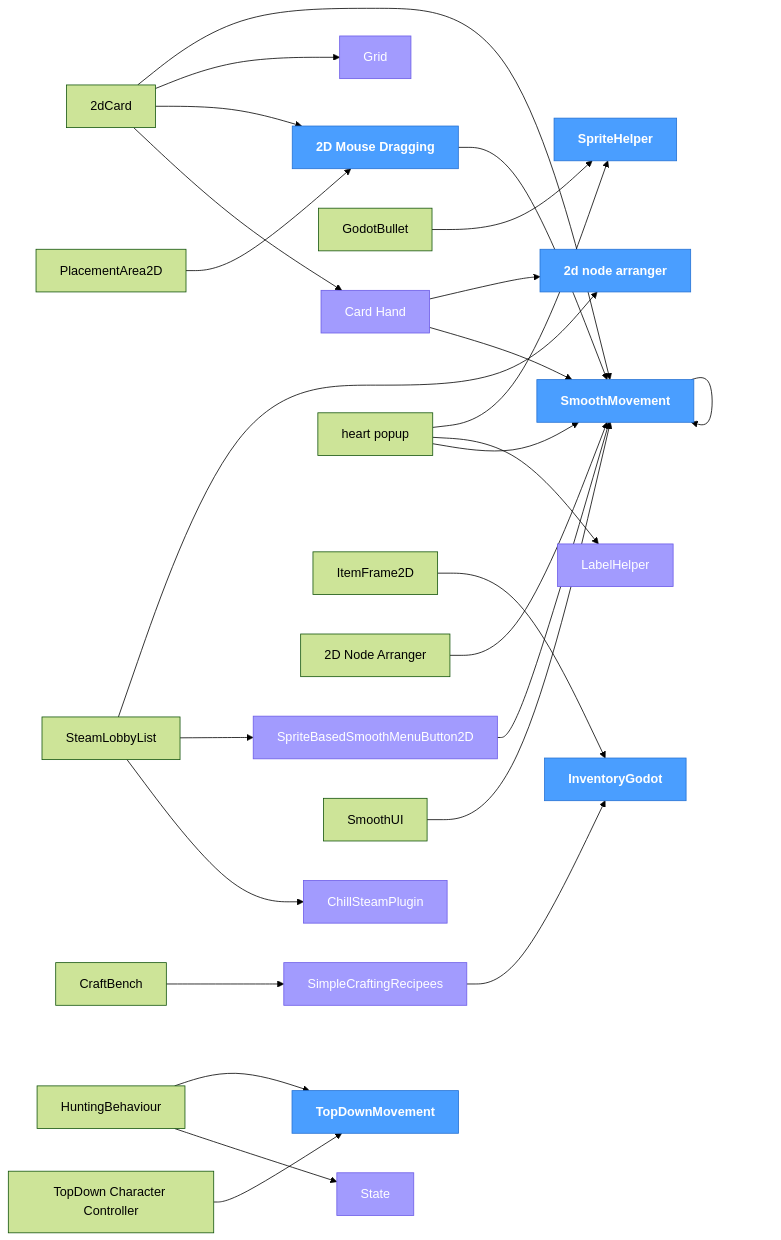
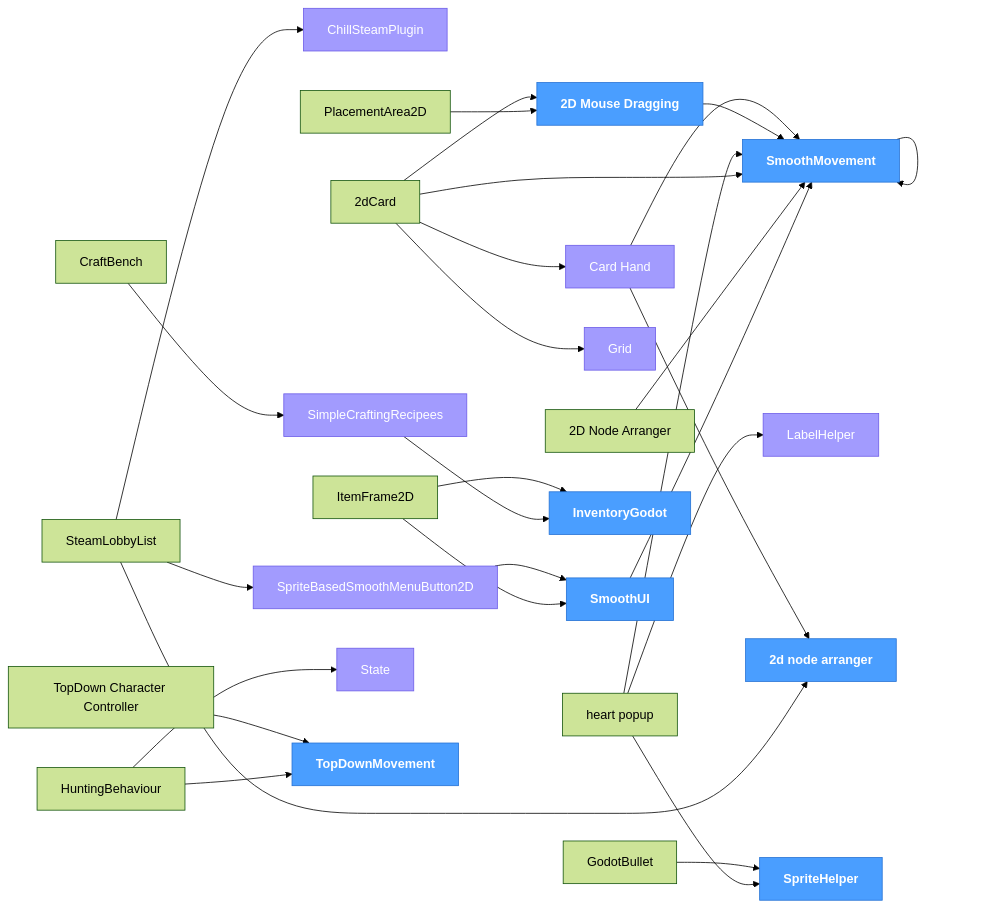
One commit to ChillCube/.github changed the diagram in ADDONS.md. Above: the diagram before and after it, drawn with Mermaid (forest theme). The commit also changed other lines of this file, not shown here.

Commit message:
registry: update dependency tree

```diff
--- a/ADDONS.md
+++ b/ADDONS.md
@@ -130,7 +131,7 @@
     Godot_2D_Mouse_Dragging --> Godot_SmoothMovement
     GodotBullet --> SpriteHelper
     Godot_SmoothMovement --> Godot_SmoothMovement
-    Godot_SpriteBasedSmoothMenuButton2D --> Godot_SmoothMovement
+    Godot_SpriteBasedSmoothMenuButton2D --> SmoothUI
     Godot_TopDown_Character_Controller --> TopDownMovement
     heart_popup --> Godot_SmoothMovement
     heart_popup --> LabelHelper
@@ -138,6 +139,7 @@
     HuntingBehaviour --> State
     HuntingBehaviour --> TopDownMovement
     ItemFrame2D --> InventoryGodot
+    ItemFrame2D --> SmoothUI
     n_2dCard --> Card_Hand
     n_2dCard --> Godot_2D_Mouse_Dragging
     n_2dCard --> Godot_Grid
@@ -160,6 +162,7 @@
     class LabelHelper shared
     class n_2d_node_arranger core
     class SimpleCraftingRecipees shared
+    class SmoothUI core
     class SpriteHelper core
     class State shared
     class TopDownMovement core
```
